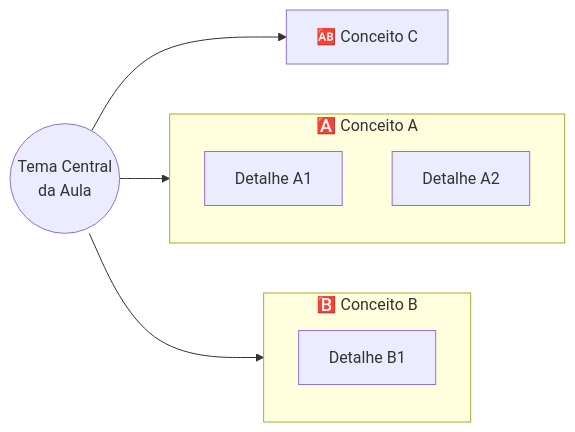
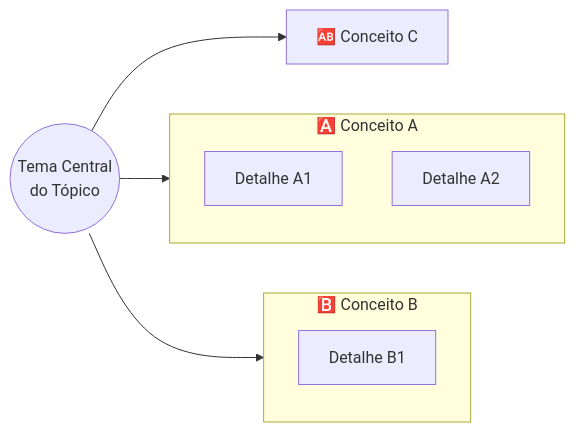
The diagram in templates/AULA_TEMPLATE.md (GTI-Fatec-Jahu/PI-GTI-2026-2), drawn with Mermaid before and after one commit. The commit also changed other lines of this file and 15 other files, not shown here.

First line of the commit message:
Troca 'aula' por 'tópico' nas interfaces dos alunos (arquivos mantidos)

````diff
--- a/templates/AULA_TEMPLATE.md
+++ b/templates/AULA_TEMPLATE.md
@@ -57,19 +57,19 @@
 ```mermaid
 flowchart LR
-    ROOT(("Tema Central<br/>da Aula"))
+    ROOT(("Tema Central<br/>do Tópico"))
 
     ROOT --> T1
     subgraph T1["🅰️ Conceito A"]
         direction TB
         T1A["Detalhe A1"]
         T1B["Detalhe A2"]
     end
 
     ROOT --> T2
     subgraph T2["🅱️ Conceito B"]
         direction TB
         T2A["Detalhe B1"]
     end
 
     ROOT --> T3["🆎 Conceito C"]
 ```
````
